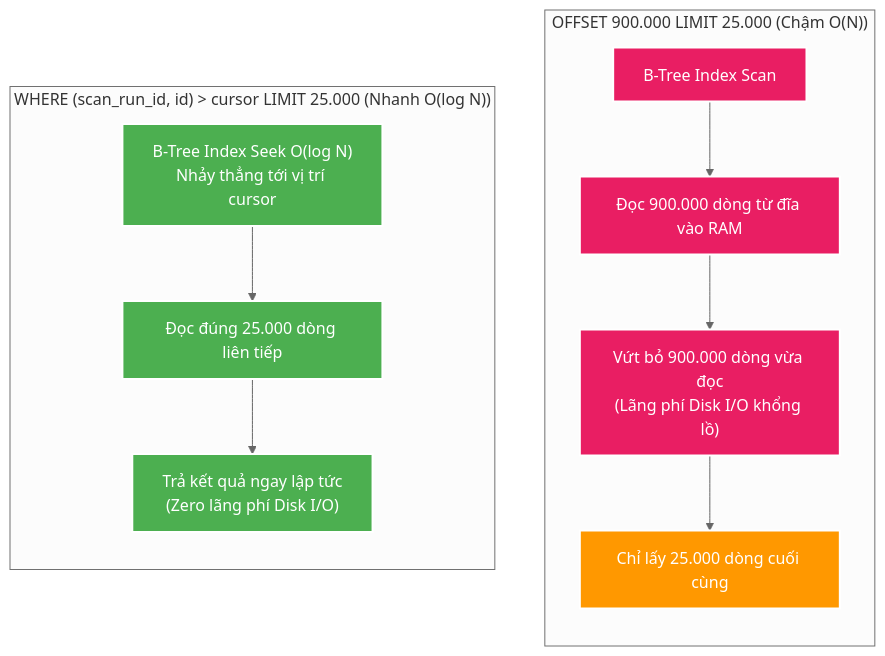
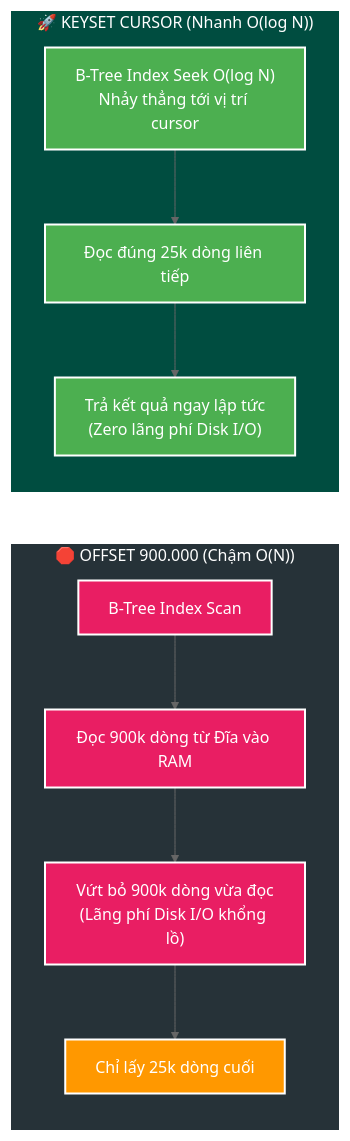
The seventh of 10 diagrams in manual/learning/deep-dive/database-internals/00-postgresql-engine-mental-model-and-optimization-playbook.md (HungPhan200591/file-mngt-be-v2), drawn with Mermaid (neutral theme) before and after one commit. The commit also changed other lines of this file, not shown here.

Commit message:
feat(docs): enhance PostgreSQL engine optimization playbook with detailed diagrams and explanations

````diff
--- a/manual/learning/deep-dive/database-internals/00-postgresql-engine-mental-model-and-optimization-playbook.md
+++ b/manual/learning/deep-dive/database-internals/00-postgresql-engine-mental-model-and-optimization-playbook.md
@@ -245,24 +260,26 @@
 ```mermaid
-flowchart TD
-    subgraph OFFSET_WAY["OFFSET 900.000 LIMIT 25.000 (Chậm O(N))"]
+flowchart LR
+    subgraph OFFSET_WAY["🛑 OFFSET 900.000 (Chậm O(N))"]
         direction TB
-        O1["B-Tree Index Scan"] --> O2["Đọc 900.000 dòng từ đĩa vào RAM"]
-        O2 --> O3["Vứt bỏ 900.000 dòng vừa đọc<br/>(Lãng phí Disk I/O khổng lồ)"]
-        O3 --> O4["Chỉ lấy 25.000 dòng cuối cùng"]
+        O1["B-Tree Index Scan"] --> O2["Đọc 900k dòng từ Đĩa vào RAM"]
+        O2 --> O3["Vứt bỏ 900k dòng vừa đọc<br/>(Lãng phí Disk I/O khổng lồ)"]
+        O3 --> O4["Chỉ lấy 25k dòng cuối"]
     end
 
-    subgraph KEYSET_WAY["WHERE (scan_run_id, id) > cursor LIMIT 25.000 (Nhanh O(log N))"]
+    subgraph KEYSET_WAY["🚀 KEYSET CURSOR (Nhanh O(log N))"]
         direction TB
         K1["B-Tree Index Seek O(log N)<br/>Nhảy thẳng tới vị trí cursor"]
-        K1 --> K2["Đọc đúng 25.000 dòng liên tiếp"]
+        K1 --> K2["Đọc đúng 25k dòng liên tiếp"]
         K2 --> K3["Trả kết quả ngay lập tức<br/>(Zero lãng phí Disk I/O)"]
     end
 
+    style OFFSET_WAY fill:#263238,stroke:#fff,stroke-width:2px,color:#fff
     style O1 fill:#E91E63,stroke:#fff,stroke-width:2px,color:#fff
     style O2 fill:#E91E63,stroke:#fff,stroke-width:2px,color:#fff
     style O3 fill:#E91E63,stroke:#fff,stroke-width:2px,color:#fff
     style O4 fill:#FF9800,stroke:#fff,stroke-width:2px,color:#fff
+    style KEYSET_WAY fill:#004D40,stroke:#fff,stroke-width:2px,color:#fff
     style K1 fill:#4CAF50,stroke:#fff,stroke-width:2px,color:#fff
     style K2 fill:#4CAF50,stroke:#fff,stroke-width:2px,color:#fff
     style K3 fill:#4CAF50,stroke:#fff,stroke-width:2px,color:#fff
 ```
````
